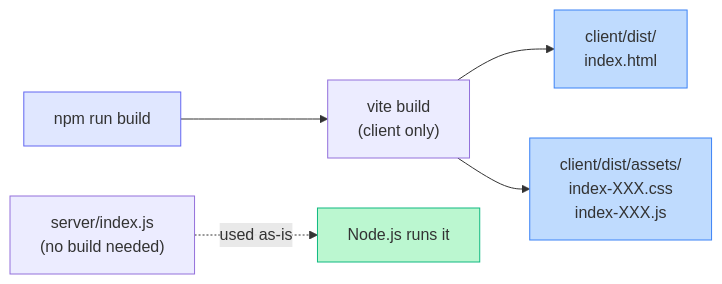
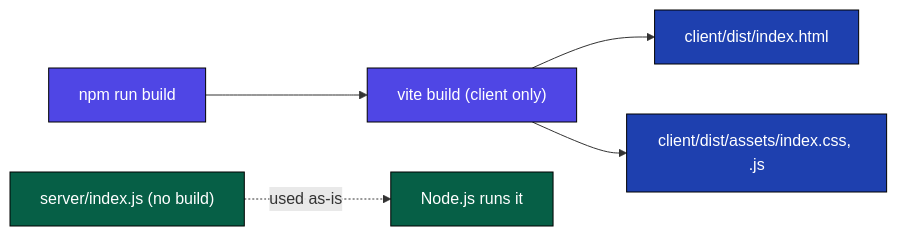
Before and after one commit to ahmadkhalil2021/fullstack-task-board: the fourth of 7 diagrams in docs/build-architecture.md, drawn with Mermaid. The commit also changed other lines of this file, not shown here.

First line of the commit message:
Force dark backgrounds + white text in all Mermaid diagrams

````diff
--- a/docs/build-architecture.md
+++ b/docs/build-architecture.md
@@ -118,14 +124,14 @@
 ```mermaid
 flowchart LR
-    A[npm run build] --> B["vite build<br/>(client only)"]
-    B --> C["client/dist/<br/>index.html"]
-    B --> D["client/dist/assets/<br/>index-XXX.css<br/>index-XXX.js"]
-    E["server/index.js<br/>(no build needed)"] -.used as-is.-> F[Node.js runs it]
+    A[npm run build] --> B["vite build (client only)"]
+    B --> C["client/dist/index.html"]
+    B --> D["client/dist/assets/index.css, .js"]
+    E["server/index.js (no build)"] -.used as-is.-> F[Node.js runs it]
 
-    classDef inputNode fill:#e0e7ff,stroke:#6366f1
-    classDef clientNode fill:#bfdbfe,stroke:#3b82f6
-    classDef serverNode fill:#bbf7d0,stroke:#10b981
-    class A inputNode
+    classDef inputNode fill:#4f46e5,stroke:#000,color:#fff
+    classDef clientNode fill:#1e40af,stroke:#000,color:#fff
+    classDef serverNode fill:#065f46,stroke:#000,color:#fff
+    class A,B inputNode
     class C,D clientNode
-    class F serverNode
+    class E,F serverNode
 ```
````
